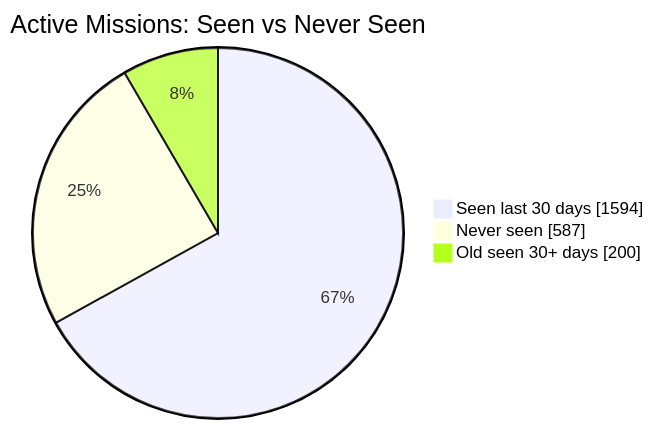
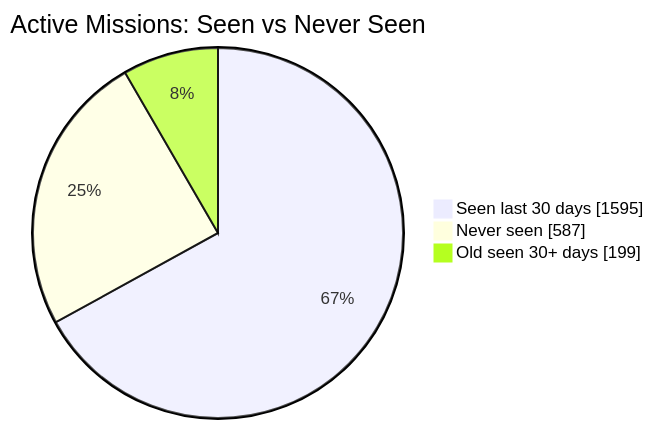
The first of 2 diagrams in README.md (MeldkamerspelGameTeam/active-missions), drawn with Mermaid before and after one commit. The commit also changed other lines of this file and 3 other files, not shown here.

````diff
--- a/README.md
+++ b/README.md
@@ -34,7 +34,7 @@
 ```mermaid
 pie showData
     title Active Missions: Seen vs Never Seen
-    "Seen last 30 days" : 1594
+    "Seen last 30 days" : 1595
     "Never seen" : 587
-    "Old seen 30+ days" : 200
+    "Old seen 30+ days" : 199
 ```
````
